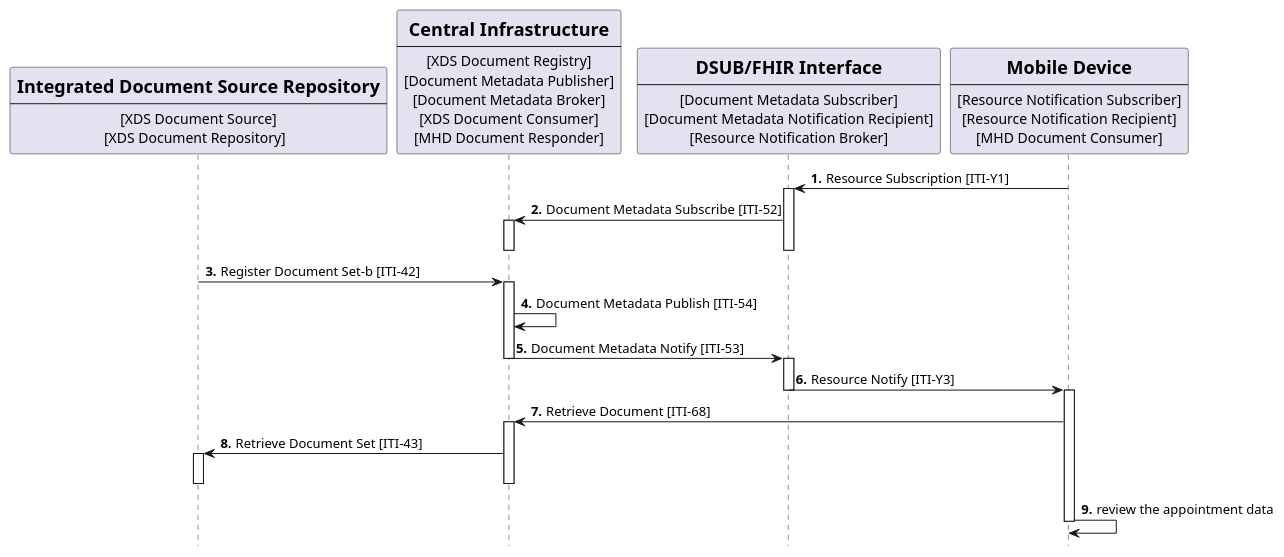
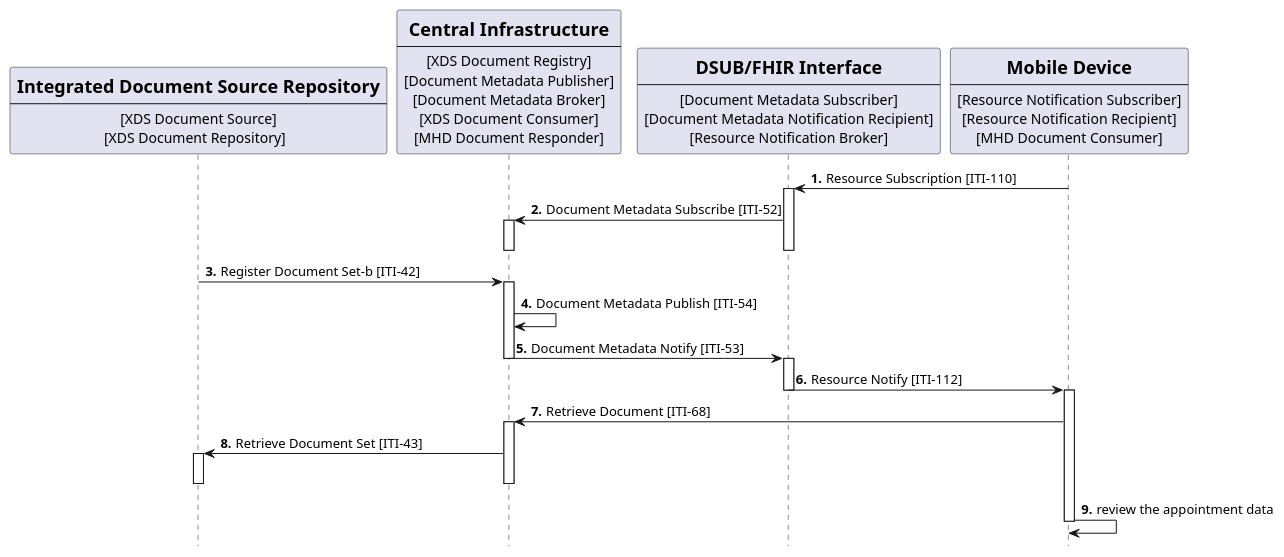
One commit to IHE/ITI.DSUBm changed the diagram in input/images-source/usecase4-processflow.plantuml. Above: the diagram before and after it, drawn with PlantUML. The commit also changed 13 other files, not shown here.

```diff
--- a/input/images-source/usecase4-processflow.plantuml
+++ b/input/images-source/usecase4-processflow.plantuml
@@ -1,66 +1,66 @@
 @startuml
 skinparam svgDimensionStyle false
 hide footbox
 /'title "Subscription with DSUBm on DSUB on FHIR infrastructure from Mobile Device" '/
 participant Repository [
     =Integrated Document Source Repository
     ----
     [XDS Document Source]
     [XDS Document Repository]  
 ] 
 
 participant Central [
     =Central Infrastructure
     ----
     [XDS Document Registry]
     [Document Metadata Publisher]
     [Document Metadata Broker]
     [XDS Document Consumer]
     [MHD Document Responder]
 ] 
 
 participant DSUBonFHIR [
     =DSUB/FHIR Interface
     ----
     [Document Metadata Subscriber]
     [Document Metadata Notification Recipient]
     [Resource Notification Broker]
     ] 
 
 participant MobDevice [
     =Mobile Device
     ----
     [Resource Notification Subscriber]
     [Resource Notification Recipient]
     [MHD Document Consumer]
 ] 
 
 autonumber 1 "<b>."
-MobDevice -> DSUBonFHIR: Resource Subscription [ITI-Y1]
+MobDevice -> DSUBonFHIR: Resource Subscription [ITI-110]
 activate DSUBonFHIR
 DSUBonFHIR -> Central: Document Metadata Subscribe [ITI-52]
 activate Central
 deactivate Central
 deactivate DSUBonFHIR
 
 Repository -> Central: Register Document Set-b [ITI-42]
 activate Central
 Central -> Central:  Document Metadata Publish [ITI-54]
 Central -> DSUBonFHIR: Document Metadata Notify [ITI-53]
 deactivate Central
 
 activate DSUBonFHIR
-DSUBonFHIR -> MobDevice: Resource Notify [ITI-Y3]
+DSUBonFHIR -> MobDevice: Resource Notify [ITI-112]
 deactivate DSUBonFHIR
 activate MobDevice
 MobDevice -> Central: Retrieve Document [ITI-68]
 activate Central
 Central -> Repository: Retrieve Document Set [ITI-43]
 activate Repository
 deactivate Repository
 deactivate Central
 MobDevice -> MobDevice: review the appointment data
 deactivate MobDevice
 
 
 @enduml
```
